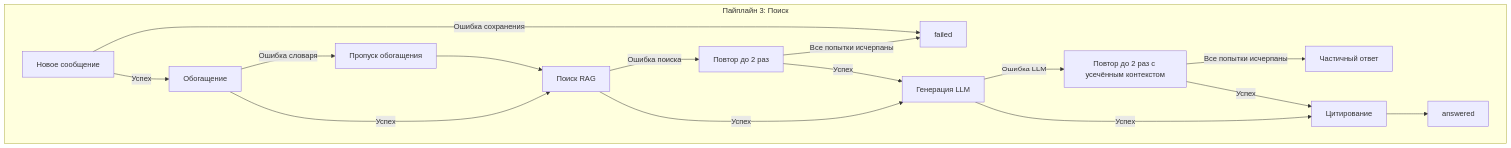
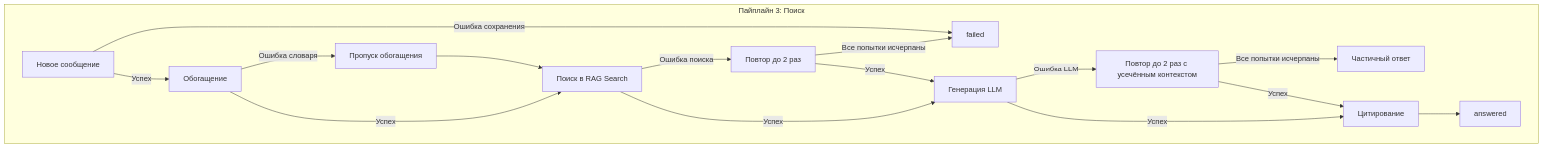
One commit to MasterKSAF/PKB changed the third of 3 diagrams in docs/pipelines/pipeline3-search.md. Above: the diagram before and after it, drawn with Mermaid. The commit also changed other lines of this file and 23 other files, not shown here.

````diff
--- a/docs/pipelines/pipeline3-search.md
+++ b/docs/pipelines/pipeline3-search.md
@@ -210,19 +210,19 @@
 ```mermaid
 graph TD
     subgraph "Пайплайн 3: Поиск"
         Msg[Новое сообщение] -->|Ошибка сохранения| Fail3[failed]
         Msg -->|Успех| Enrich[Обогащение]
         Enrich -->|Ошибка словаря| Skip[Пропуск обогащения]
-        Skip --> Search[Поиск RAG]
+        Skip --> Search[Поиск в RAG Search]
         Enrich -->|Успех| Search
         Search -->|Ошибка поиска| Retry5[Повтор до 2 раз]
         Retry5 -->|Все попытки исчерпаны| Fail3
         Retry5 -->|Успех| Gen[Генерация LLM]
         Search -->|Успех| Gen
         Gen -->|Ошибка LLM| Retry6[Повтор до 2 раз с усечённым контекстом]
         Retry6 -->|Все попытки исчерпаны| Partial[Частичный ответ]
         Retry6 -->|Успех| Cite[Цитирование]
         Gen -->|Успех| Cite
         Cite --> Answered[answered]
     end
 ```
````
